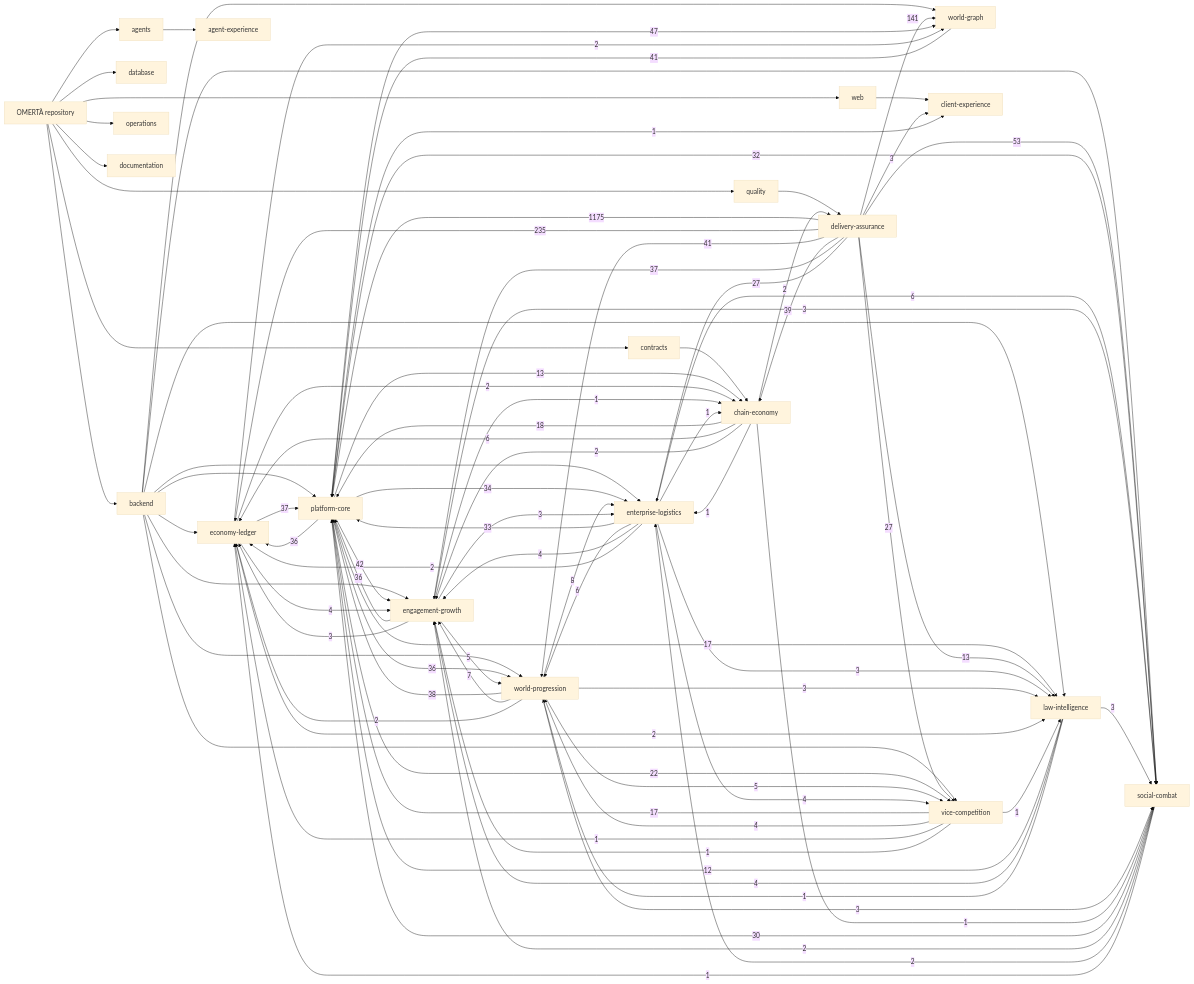
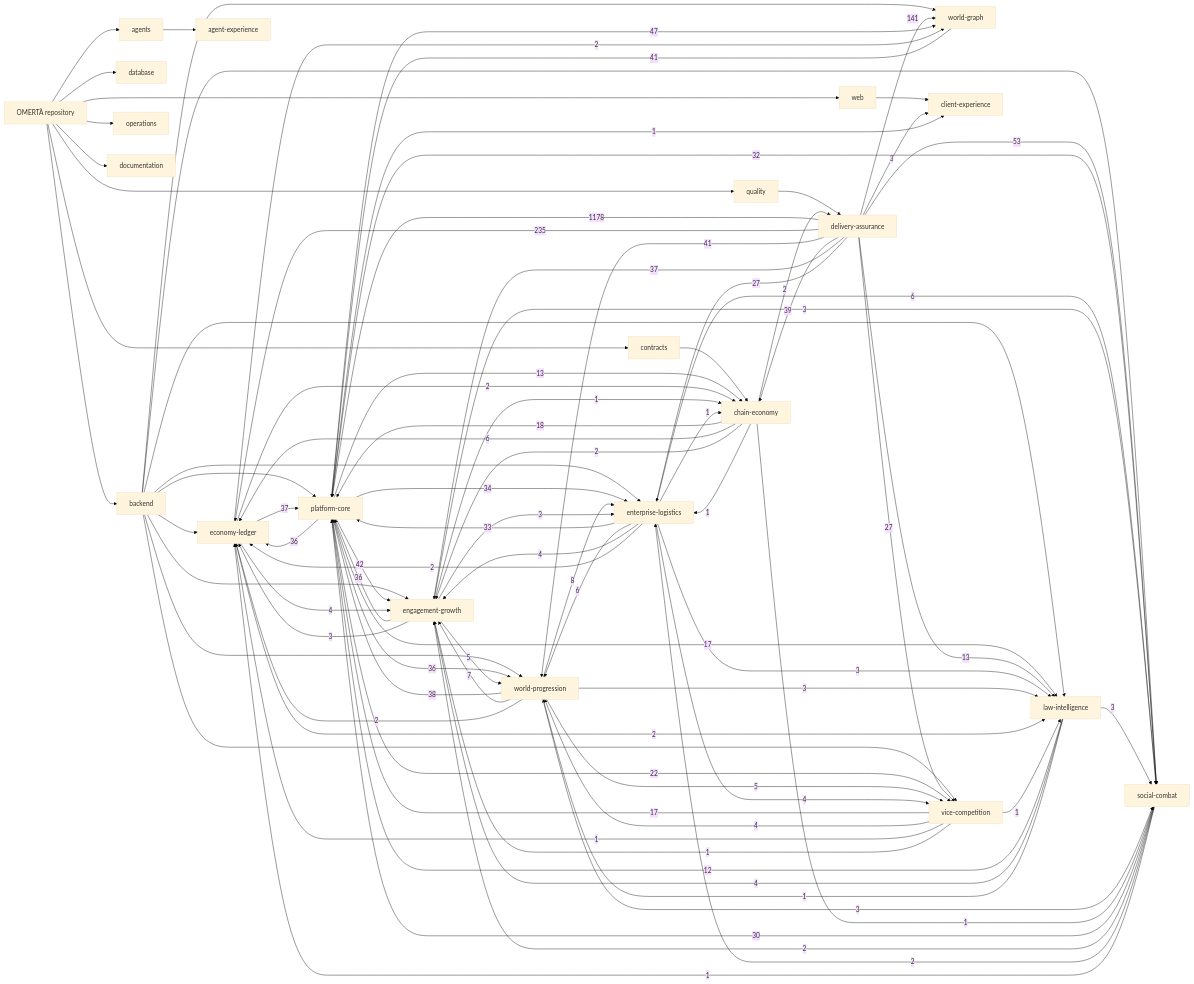
One commit to OmertaDev/Omerta changed the diagram in knowledge/generated/graph.mmd. Above: the diagram before and after it, drawn with Mermaid (base theme). The commit also changed 7 other files, not shown here.

```diff
--- a/knowledge/generated/graph.mmd
+++ b/knowledge/generated/graph.mmd
@@ -1,111 +1,111 @@
 flowchart LR
   repo["OMERTÀ repository"]
   sub_backend["backend"]
   repo --> sub_backend
   sub_database["database"]
   repo --> sub_database
   sub_web["web"]
   repo --> sub_web
   sub_contracts["contracts"]
   repo --> sub_contracts
   sub_agents["agents"]
   repo --> sub_agents
   sub_quality["quality"]
   repo --> sub_quality
   sub_operations["operations"]
   repo --> sub_operations
   sub_documentation["documentation"]
   repo --> sub_documentation
   dom_platform-core["platform-core"]
   dom_economy-ledger["economy-ledger"]
   dom_social-combat["social-combat"]
   dom_world-progression["world-progression"]
   dom_world-graph["world-graph"]
   dom_enterprise-logistics["enterprise-logistics"]
   dom_vice-competition["vice-competition"]
   dom_law-intelligence["law-intelligence"]
   dom_chain-economy["chain-economy"]
   dom_engagement-growth["engagement-growth"]
   dom_client-experience["client-experience"]
   dom_agent-experience["agent-experience"]
   dom_delivery-assurance["delivery-assurance"]
   sub_agents --> dom_agent-experience
   sub_backend --> dom_economy-ledger
   sub_backend --> dom_engagement-growth
   sub_backend --> dom_enterprise-logistics
   sub_backend --> dom_law-intelligence
   sub_backend --> dom_platform-core
   sub_backend --> dom_social-combat
   sub_backend --> dom_vice-competition
   sub_backend --> dom_world-graph
   sub_backend --> dom_world-progression
   sub_contracts --> dom_chain-economy
   sub_quality --> dom_delivery-assurance
   sub_web --> dom_client-experience
-  dom_delivery-assurance -->|1175| dom_platform-core
+  dom_delivery-assurance -->|1178| dom_platform-core
   dom_delivery-assurance -->|235| dom_economy-ledger
   dom_delivery-assurance -->|141| dom_world-graph
   dom_delivery-assurance -->|53| dom_social-combat
   dom_platform-core -->|47| dom_world-graph
   dom_platform-core -->|42| dom_engagement-growth
   dom_delivery-assurance -->|41| dom_world-progression
   dom_world-graph -->|41| dom_platform-core
   dom_delivery-assurance -->|39| dom_chain-economy
   dom_world-progression -->|38| dom_platform-core
   dom_delivery-assurance -->|37| dom_engagement-growth
   dom_economy-ledger -->|37| dom_platform-core
   dom_engagement-growth -->|36| dom_platform-core
   dom_platform-core -->|36| dom_economy-ledger
   dom_platform-core -->|36| dom_world-progression
   dom_platform-core -->|34| dom_enterprise-logistics
   dom_enterprise-logistics -->|33| dom_platform-core
   dom_platform-core -->|32| dom_social-combat
   dom_social-combat -->|30| dom_platform-core
   dom_delivery-assurance -->|27| dom_enterprise-logistics
   dom_delivery-assurance -->|27| dom_vice-competition
   dom_platform-core -->|22| dom_vice-competition
   dom_chain-economy -->|18| dom_platform-core
   dom_platform-core -->|17| dom_law-intelligence
   dom_vice-competition -->|17| dom_platform-core
   dom_delivery-assurance -->|13| dom_law-intelligence
   dom_platform-core -->|13| dom_chain-economy
   dom_law-intelligence -->|12| dom_platform-core
   dom_world-progression -->|8| dom_enterprise-logistics
   dom_world-progression -->|7| dom_engagement-growth
   dom_chain-economy -->|6| dom_economy-ledger
   dom_enterprise-logistics -->|6| dom_social-combat
   dom_enterprise-logistics -->|6| dom_world-progression
   dom_engagement-growth -->|5| dom_world-progression
   dom_world-progression -->|5| dom_vice-competition
   dom_economy-ledger -->|4| dom_engagement-growth
   dom_enterprise-logistics -->|4| dom_engagement-growth
   dom_enterprise-logistics -->|4| dom_vice-competition
   dom_law-intelligence -->|4| dom_engagement-growth
   dom_vice-competition -->|4| dom_world-progression
   dom_delivery-assurance -->|3| dom_client-experience
   dom_engagement-growth -->|3| dom_economy-ledger
   dom_engagement-growth -->|3| dom_enterprise-logistics
   dom_engagement-growth -->|3| dom_social-combat
   dom_enterprise-logistics -->|3| dom_law-intelligence
   dom_law-intelligence -->|3| dom_social-combat
   dom_world-progression -->|3| dom_law-intelligence
   dom_world-progression -->|3| dom_social-combat
   dom_chain-economy -->|2| dom_delivery-assurance
   dom_chain-economy -->|2| dom_engagement-growth
   dom_economy-ledger -->|2| dom_chain-economy
   dom_economy-ledger -->|2| dom_law-intelligence
   dom_economy-ledger -->|2| dom_world-graph
   dom_enterprise-logistics -->|2| dom_economy-ledger
   dom_social-combat -->|2| dom_engagement-growth
   dom_social-combat -->|2| dom_enterprise-logistics
   dom_world-progression -->|2| dom_economy-ledger
   dom_chain-economy -->|1| dom_enterprise-logistics
   dom_chain-economy -->|1| dom_social-combat
   dom_engagement-growth -->|1| dom_chain-economy
   dom_enterprise-logistics -->|1| dom_chain-economy
   dom_law-intelligence -->|1| dom_world-progression
   dom_platform-core -->|1| dom_client-experience
   dom_social-combat -->|1| dom_economy-ledger
   dom_vice-competition -->|1| dom_economy-ledger
   dom_vice-competition -->|1| dom_engagement-growth
   dom_vice-competition -->|1| dom_law-intelligence
```
